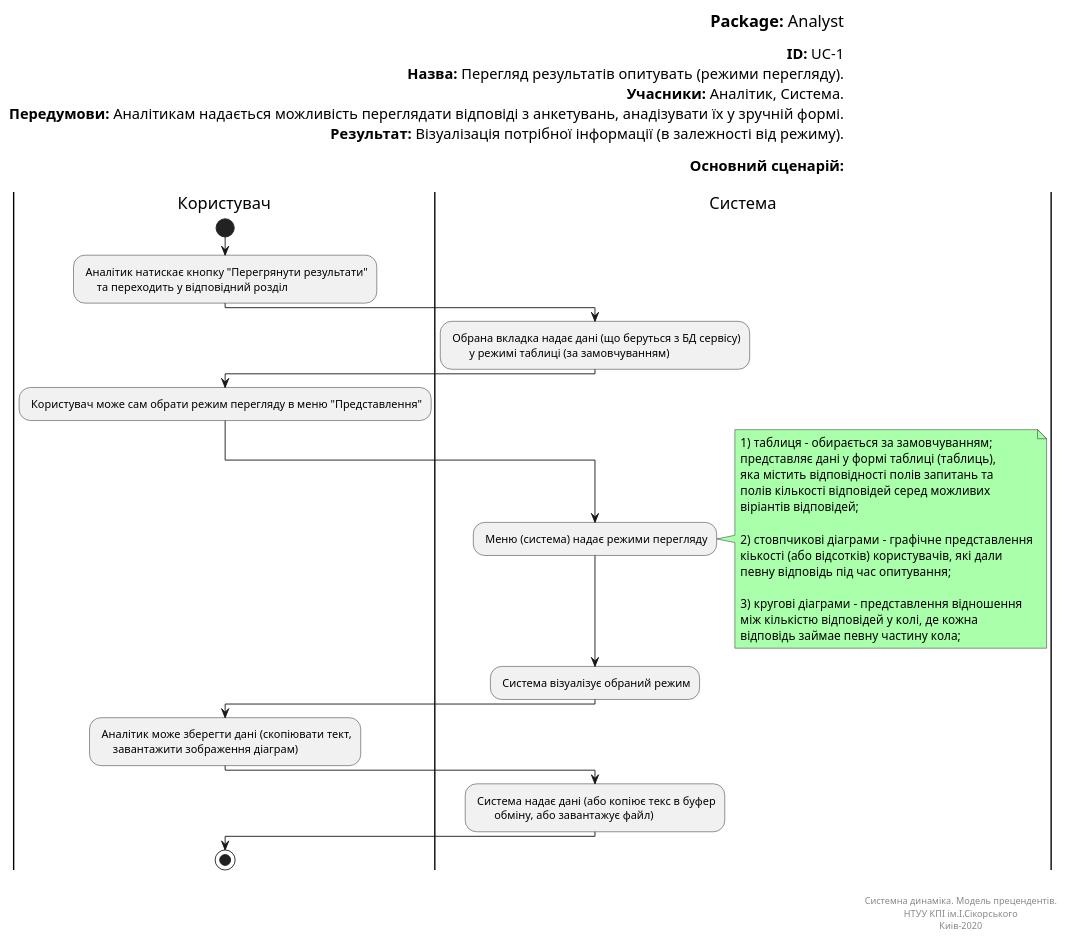
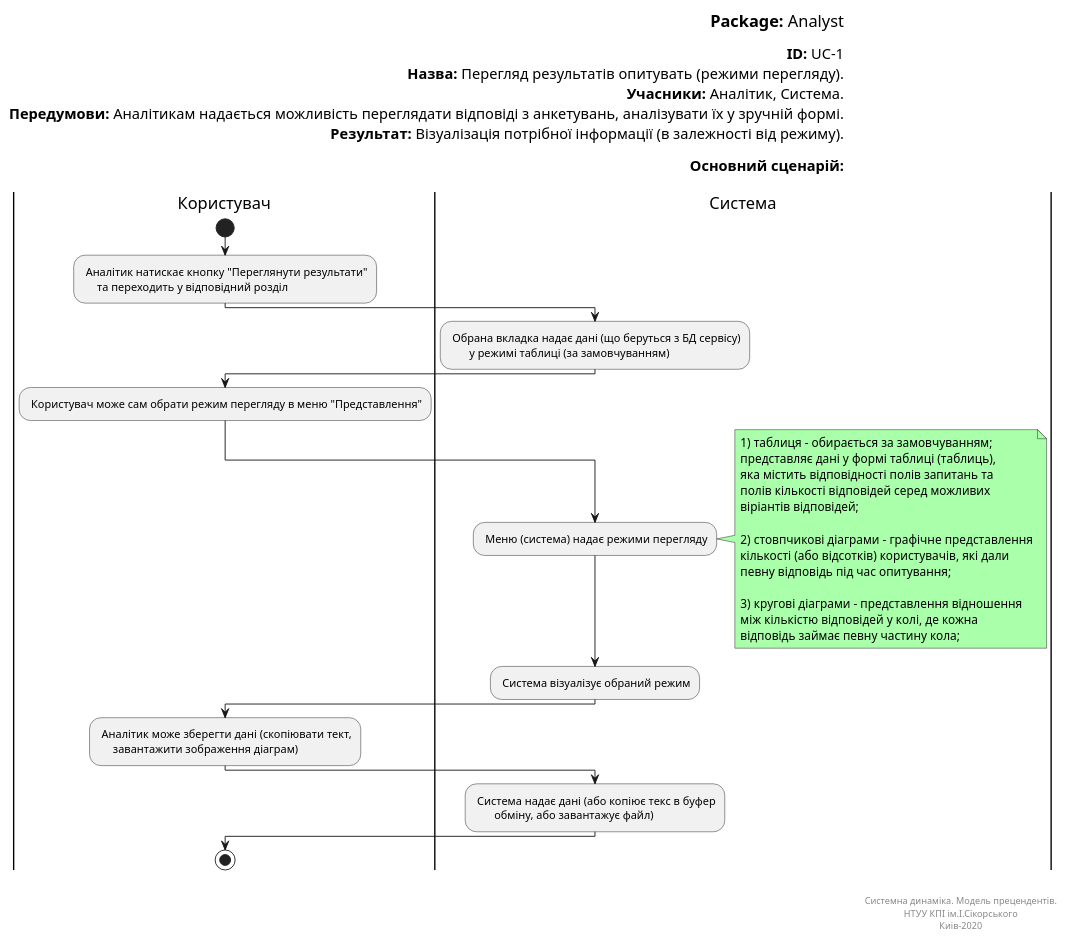
One commit to ip-85/System-Dynamics changed the diagram in Doc/UMLDiagrams/scenarios/analyst/Diagrams/UML/UC1.pu. Above: the diagram before and after it, drawn with PlantUML. The commit also changed 7 other files, not shown here.

Commit message:
UML general

```diff
--- a/Doc/UMLDiagrams/scenarios/analyst/Diagrams/UML/UC1.pu
+++ b/Doc/UMLDiagrams/scenarios/analyst/Diagrams/UML/UC1.pu
@@ -1,67 +1,67 @@
  @startuml View Modes
 left header
 <font color=000 size=18><b>Package:</b> Analyst
 
 <font color=000 size=16><b>ID:</b> UC-1
 <font color=000 size=16><b>Назва:</b> Перегляд результатів опитувать (режими перегляду).
 <font color=000 size=16><b>Учасники:</b> Аналітик, Система.
-<font color=000 size=16><b>Передумови:</b> Аналітикам надається можливість переглядати відповіді з анкетувань, анадізувати їх у зручній формі.
+<font color=000 size=16><b>Передумови:</b> Аналітикам надається можливість переглядати відповіді з анкетувань, аналізувати їх у зручній формі.
 <font color=000 size=16><b>Результат:</b> Візуалізація потрібної інформації (в залежності від режиму).
 
 <font color=000 size=16><b>Основний сценарій:</b>
 
 end header
 
 |Користувач|
 start
-: Аналітик натискає кнопку "Перегрянути результати"
+: Аналітик натискає кнопку "Переглянути результати"
       та переходить у відповідний розділ;
 
 |Система|
 : Обрана вкладка надає дані (що беруться з БД сервісу)
         у режимі таблиці (за замовчуванням);
 
 |Користувач|
 : Користувач може сам обрати режим перегляду в меню "Представлення";
 
 |Система|
 : Меню (система) надає режими перегляду;
 
 note right #aaffaa
   1) таблиця - обирається за замовчуванням;
   представляє дані у формі таблиці (таблиць),
   яка містить відповідності полів запитань та
   полів кількості відповідей серед можливих
   віріантів відповідей; 
 
   2) стовпчикові діаграми - графічне представлення
-  кіькості (або відсотків) користувачів, які дали
+  кількості (або відсотків) користувачів, які дали
   певну відповідь під час опитування;  
 
   3) кругові діаграми - представлення відношення
   між кількістю відповідей у колі, де кожна 
-  відповідь займае певну частину кола;
+  відповідь займає певну частину кола;
 end note
 
 : Система візуалізує обраний режим;
 
 |Користувач|
 : Аналітик може зберегти дані (скопіювати тект,
       завантажити зображення діаграм);
 
 |Система|
 : Система надає дані (або копіює текс в буфер
         обміну, або завантажує файл);
 
 |Користувач|
 stop;
 
 right footer
 
 
 Системна динаміка. Модель прецендентів.
 НТУУ КПІ ім.І.Сікорського
 Киів-2020
 end footer
 
 @enduml
```
